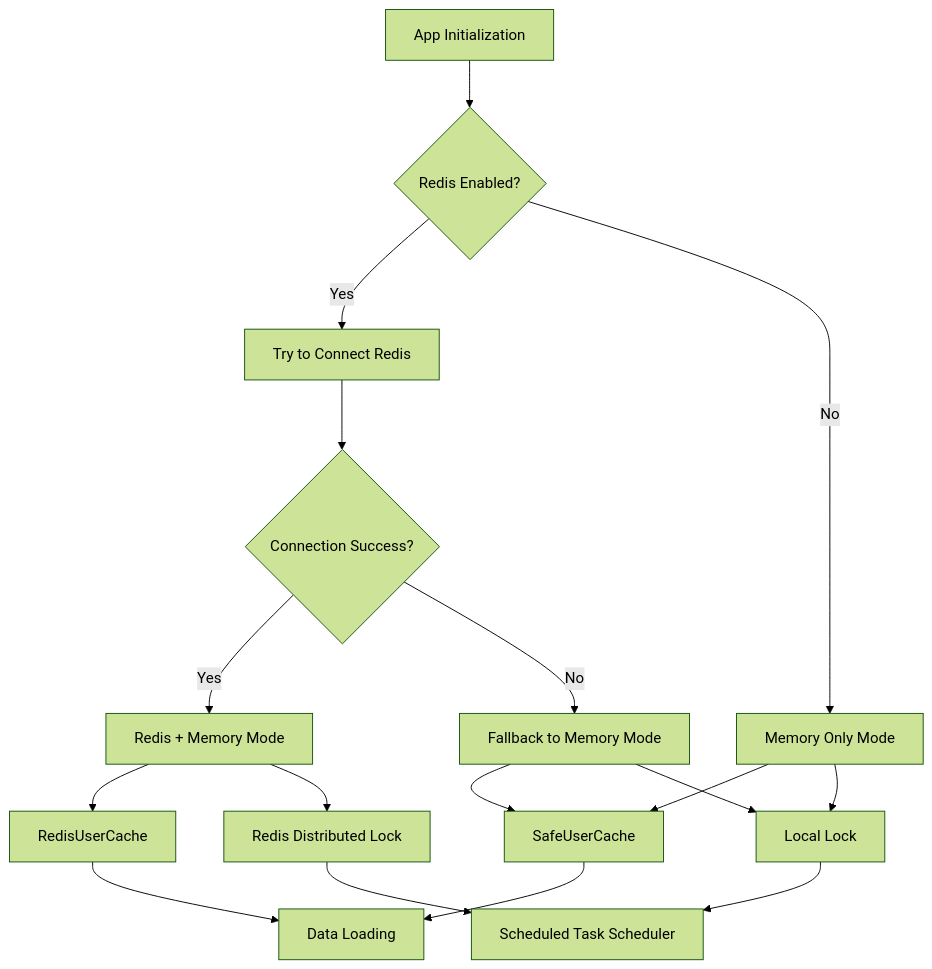
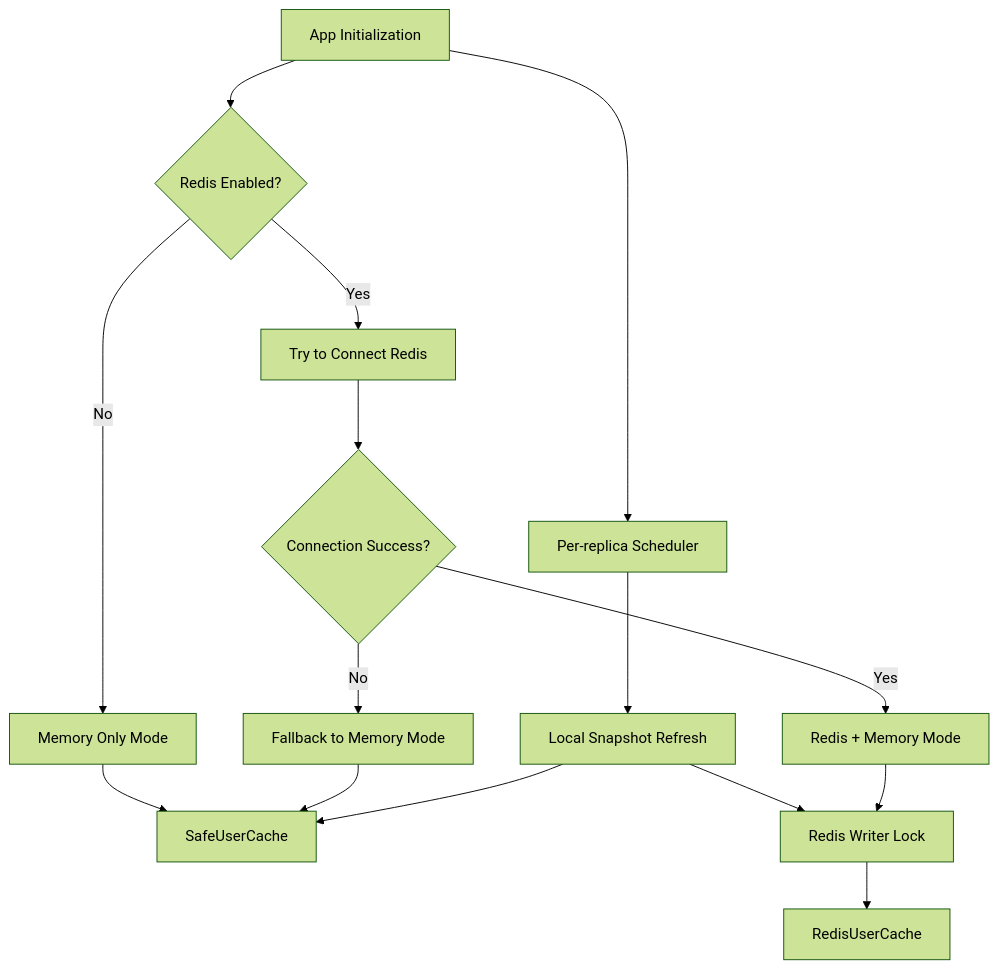
The fifth of 7 diagrams in docs/deDE/ARCHITECTURE.md (soulteary/warden), drawn with Mermaid (forest theme) before and after one commit. The commit also changed other lines of this file and 73 other files, not shown here.

````diff
--- a/docs/deDE/ARCHITECTURE.md
+++ b/docs/deDE/ARCHITECTURE.md
@@ -215,21 +216,17 @@
 ```mermaid
 graph TB
     App[App Initialization] --> CheckRedis{Redis Enabled?}
+    App --> Scheduler[Per-replica Scheduler]
     CheckRedis -->|Yes| TryConnect[Try to Connect Redis]
     CheckRedis -->|No| MemoryOnly[Memory Only Mode]
     TryConnect --> ConnectSuccess{Connection Success?}
     ConnectSuccess -->|Yes| RedisMode[Redis + Memory Mode]
     ConnectSuccess -->|No| Fallback[Fallback to Memory Mode]
-    
-    RedisMode --> RedisCache[RedisUserCache]
-    RedisMode --> DistLock[Redis Distributed Lock]
-    Fallback --> MemoryCache[SafeUserCache]
-    Fallback --> LocalLock[Local Lock]
+    Scheduler --> LocalRefresh[Local Snapshot Refresh]
+    LocalRefresh --> MemoryCache[SafeUserCache]
+    RedisMode --> WriterLock[Redis Writer Lock]
+    LocalRefresh --> WriterLock
+    WriterLock --> RedisCache[RedisUserCache]
+    Fallback --> MemoryCache
     MemoryOnly --> MemoryCache
-    MemoryOnly --> LocalLock
-    
-    RedisCache --> DataLoad[Data Loading]
-    MemoryCache --> DataLoad
-    DistLock --> Scheduler[Scheduled Task Scheduler]
-    LocalLock --> Scheduler
 ```
````
